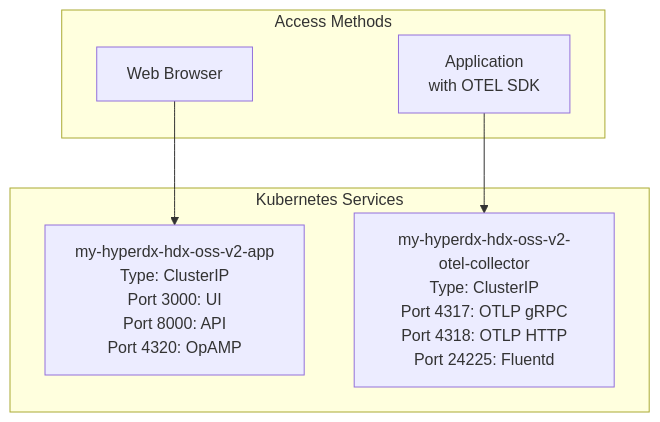
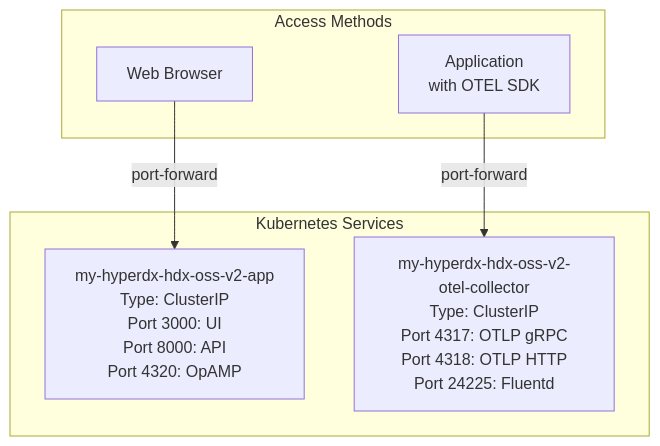
The second of 4 diagrams in docs/hyperdxio-helm-charts-docs/Quick-Start-Guide.md (openchoreo/openchoreo), drawn with Mermaid before and after one commit. The commit also changed other lines of this file and 85 other files, not shown here.

Commit message:
feat: Add new workflow and specification templates, update Helm chart dependencies, and clarify documentation diagrams.

````diff
--- a/docs/hyperdxio-helm-charts-docs/Quick-Start-Guide.md
+++ b/docs/hyperdxio-helm-charts-docs/Quick-Start-Guide.md
@@ -163,21 +163,21 @@
 ```mermaid
 flowchart TD
 
 Browser["Web Browser"]
 TelemetryClient["Application<br>with OTEL SDK"]
 AppSvc["my-hyperdx-hdx-oss-v2-app<br>Type: ClusterIP<br>Port 3000: UI<br>Port 8000: API<br>Port 4320: OpAMP"]
 OTELSvc["my-hyperdx-hdx-oss-v2-otel-collector<br>Type: ClusterIP<br>Port 4317: OTLP gRPC<br>Port 4318: OTLP HTTP<br>Port 24225: Fluentd"]
 
-Browser --> AppSvc
-TelemetryClient --> OTELSvc
+Browser -->|"port-forward"| AppSvc
+TelemetryClient -->|"port-forward"| OTELSvc
 
 subgraph subGraph1 ["Kubernetes Services"]
     AppSvc
     OTELSvc
 end
 
 subgraph subGraph0 ["Access Methods"]
     Browser
     TelemetryClient
 end
 ```
````
